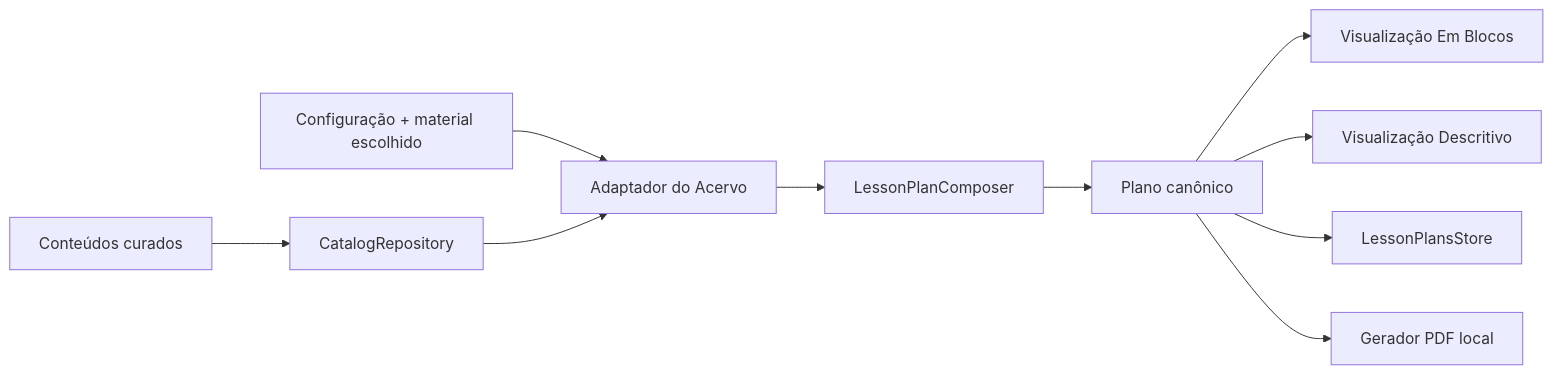
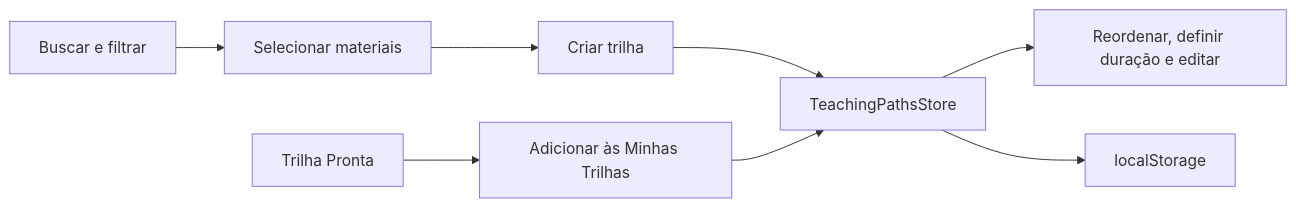
One commit to AKL77/explora-computacao changed the second of 2 diagrams in docs/arquitetura.md. Above: the diagram before and after it, drawn with Mermaid. The commit also changed other lines of this file and 62 other files, not shown here.

````diff
--- a/docs/arquitetura.md
+++ b/docs/arquitetura.md
@@ -108,12 +87,10 @@
 ```mermaid
 flowchart LR
-  FORM["Configuração + material escolhido"] --> ADAPTER["Adaptador do Acervo"]
-  CATALOG["CatalogRepository"] --> ADAPTER
-  CURATED["Conteúdos curados"] --> CATALOG
-  ADAPTER --> COMPOSER["LessonPlanComposer"]
-  COMPOSER --> PLAN["Plano canônico"]
-  PLAN --> BLOCKS["Visualização Em Blocos"]
-  PLAN --> DETAILED["Visualização Descritivo"]
-  PLAN --> STORE["LessonPlansStore"]
-  PLAN --> PDF["Gerador PDF local"]
+  SEARCH["Buscar e filtrar"] --> SELECT["Selecionar materiais"]
+  SELECT --> CREATE["Criar trilha"]
+  READY["Trilha Pronta"] --> COPY["Adicionar às Minhas Trilhas"]
+  CREATE --> STORE["TeachingPathsStore"]
+  COPY --> STORE
+  STORE --> EDIT["Reordenar, definir duração e editar"]
+  STORE --> LS["localStorage"]
 ```
````
